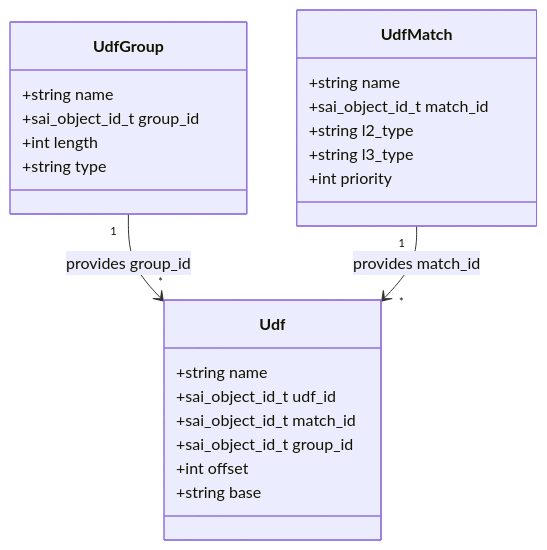
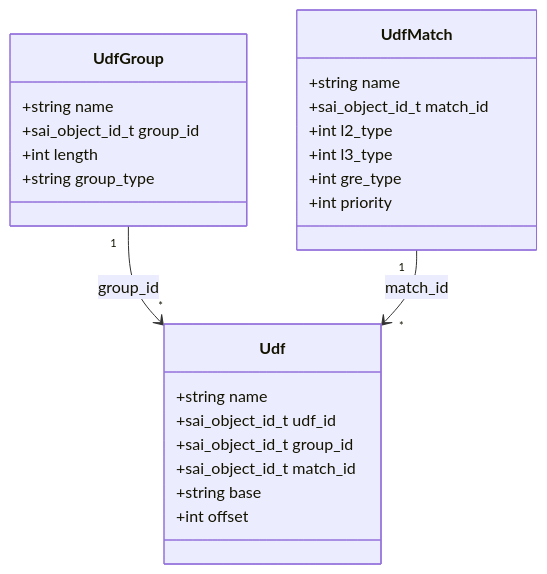
Before and after one commit to sonic-net/SONiC: the second of 3 diagrams in doc/udf/UDF_HLD.md, drawn with Mermaid. The commit also changed other lines of this file, not shown here.

Commit message:
Changes with new schema

````diff
--- a/doc/udf/UDF_HLD.md
+++ b/doc/udf/UDF_HLD.md
@@ -478,29 +441,30 @@
 ```mermaid
 classDiagram
     class UdfGroup {
         +string name
         +sai_object_id_t group_id
         +int length
-        +string type
+        +string group_type
     }
 
     class UdfMatch {
         +string name
         +sai_object_id_t match_id
-        +string l2_type
-        +string l3_type
+        +int l2_type
+        +int l3_type
+        +int gre_type
         +int priority
     }
 
     class Udf {
         +string name
         +sai_object_id_t udf_id
+        +sai_object_id_t group_id
         +sai_object_id_t match_id
-        +sai_object_id_t group_id
+        +string base
         +int offset
-        +string base
     }
 
-    UdfGroup "1" --> "*" Udf : provides group_id
-    UdfMatch "1" --> "*" Udf : provides match_id
+    UdfGroup "1" --> "*" Udf : group_id
+    UdfMatch "1" --> "*" Udf : match_id
 ```
````
